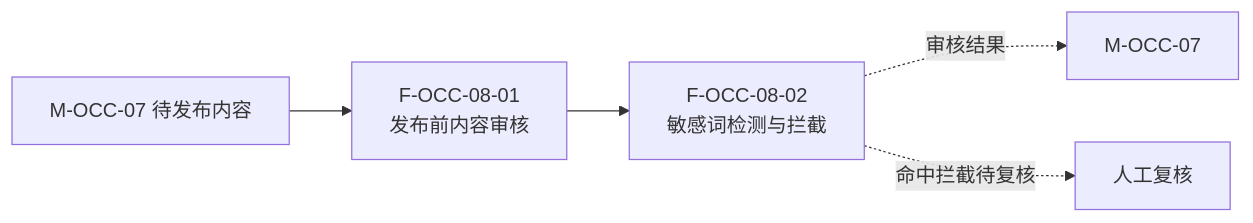
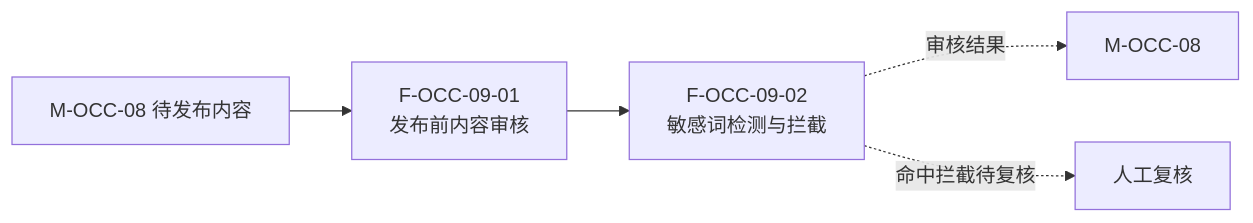
Diagram 34 of 45 in 公司项目/认知作战/文档/软件概要设计-架构图.md (Sj-g/obsidian), drawn with Mermaid before and after one commit. The commit also changed other lines of this file and 4 other files, not shown here.

````diff
--- a/公司项目/认知作战/文档/软件概要设计-架构图.md
+++ b/公司项目/认知作战/文档/软件概要设计-架构图.md
@@ -783,10 +690,10 @@
 ```mermaid
 flowchart LR
-    F0801["F-OCC-08-01<br/>发布前内容审核"]
-    F0802["F-OCC-08-02<br/>敏感词检测与拦截"]
+    F0901["F-OCC-09-01<br/>发布前内容审核"]
+    F0902["F-OCC-09-02<br/>敏感词检测与拦截"]
 
-    F0801 --> F0802
-    EXT["M-OCC-07 待发布内容"] --> F0801
-    F0802 -.->|"审核结果"| EXT2["M-OCC-07"]
-    F0802 -.->|"命中拦截待复核"| HUMAN["人工复核"]
+    F0901 --> F0902
+    EXT["M-OCC-08 待发布内容"] --> F0901
+    F0902 -.->|"审核结果"| EXT2["M-OCC-08"]
+    F0902 -.->|"命中拦截待复核"| HUMAN["人工复核"]
 ```
````
